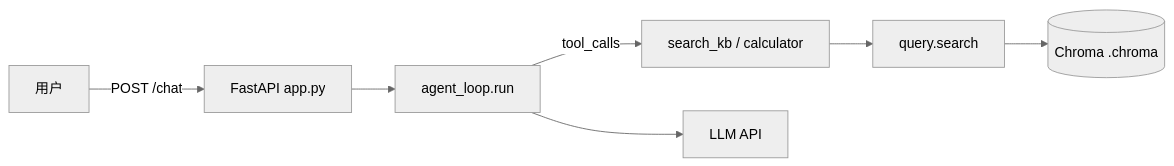
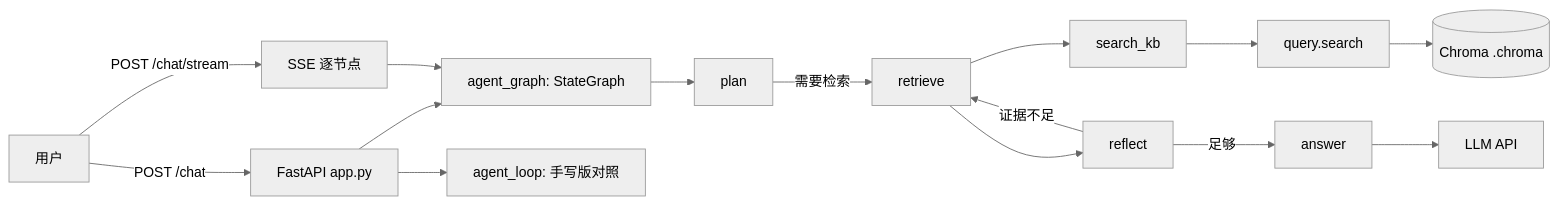
One commit to luogongmu-cmd/llm-app-portfolio changed the diagram in README.md. Above: the diagram before and after it, drawn with Mermaid (neutral theme). The commit also changed other lines of this file and 6 other files, not shown here.

Commit message:
week1-2: LangGraph 版 Agent + SSE + 结构化日志 + CI

````diff
--- a/README.md
+++ b/README.md
@@ -79,9 +84,17 @@
 ```mermaid
 graph LR
   U[用户] -->|POST /chat| A[FastAPI app.py]
-  A --> B[agent_loop.run]
-  B -->|tool_calls| C[search_kb / calculator]
-  C --> D[query.search]
-  D --> E[(Chroma .chroma)]
-  B --> F[LLM API]
+  U -->|POST /chat/stream| S[SSE 逐节点]
+  A --> G[agent_graph: StateGraph]
+  A --> H[agent_loop: 手写版对照]
+  G --> P[plan]
+  P -->|需要检索| R[retrieve]
+  R --> T[search_kb]
+  T --> Q[query.search]
+  Q --> C[(Chroma .chroma)]
+  R --> RF[reflect]
+  RF -->|证据不足| R
+  RF -->|足够| AN[answer]
+  AN --> L[LLM API]
+  S --> G
 ```
````
